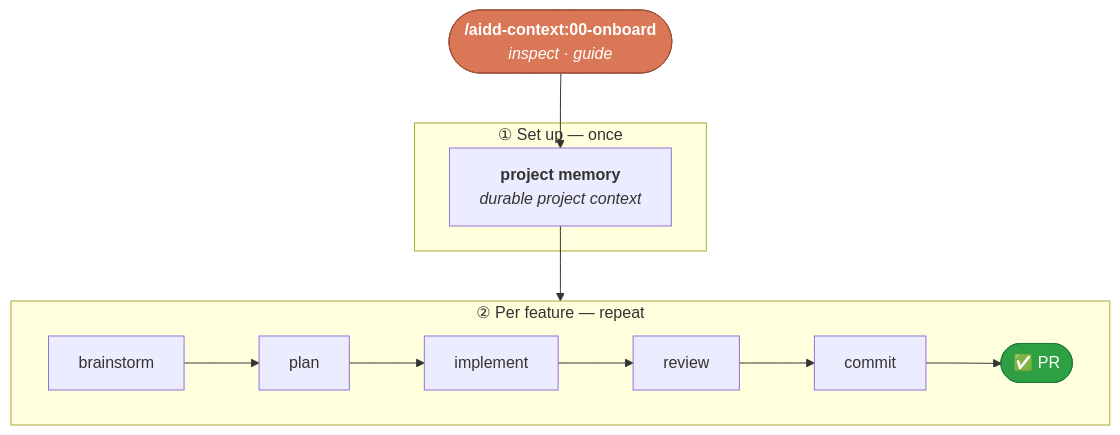
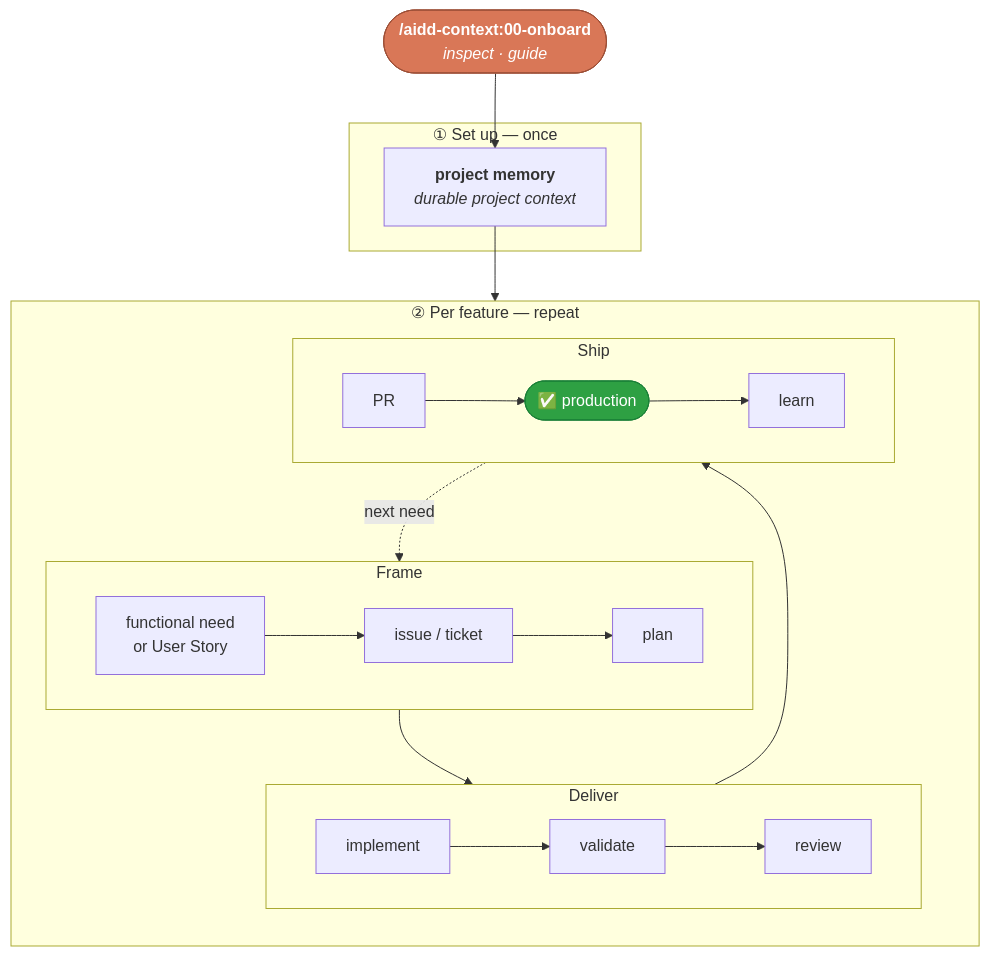
The diagram in README.md (ai-driven-dev/aidd-framework), drawn with Mermaid before and after one commit. The commit also changed other lines of this file, not shown here.

Commit message:
docs(readme): clarify the feature delivery flow

````diff
--- a/README.md
+++ b/README.md
@@ -191,20 +191,34 @@
 ```mermaid
 flowchart TD
     Onboard(["<b>/aidd-context:00-onboard</b><br/><i>inspect · guide</i>"])
 
     subgraph setup["① Set up — once"]
       Memory["<b>project memory</b><br/><i>durable project context</i>"]
     end
 
     subgraph loop["② Per feature — repeat"]
-      direction LR
-      B["brainstorm"] --> P["plan"] --> I["implement"] --> R["review"] --> C["commit"] --> PR(["✅ PR"])
+      direction TB
+      subgraph frame["Frame"]
+        direction LR
+        N["functional need<br/>or User Story"] --> T["issue / ticket"] --> P["plan"]
+      end
+      subgraph deliver["Deliver"]
+        direction LR
+        I["implement"] --> V["validate"] --> R["review"]
+      end
+      subgraph ship["Ship"]
+        direction LR
+        PR["PR"] --> S(["✅ production"]) --> L["learn"]
+      end
+      P --> I
+      R --> PR
     end
 
-    Onboard --> Memory --> B
+    Onboard --> Memory --> N
+    L -. next need .-> N
 
     classDef hub fill:#D97757,stroke:#9c4f37,color:#fff;
     classDef done fill:#2ea043,stroke:#1a7f37,color:#fff;
     class Onboard hub;
-    class PR done;
+    class S done;
 ```
````
